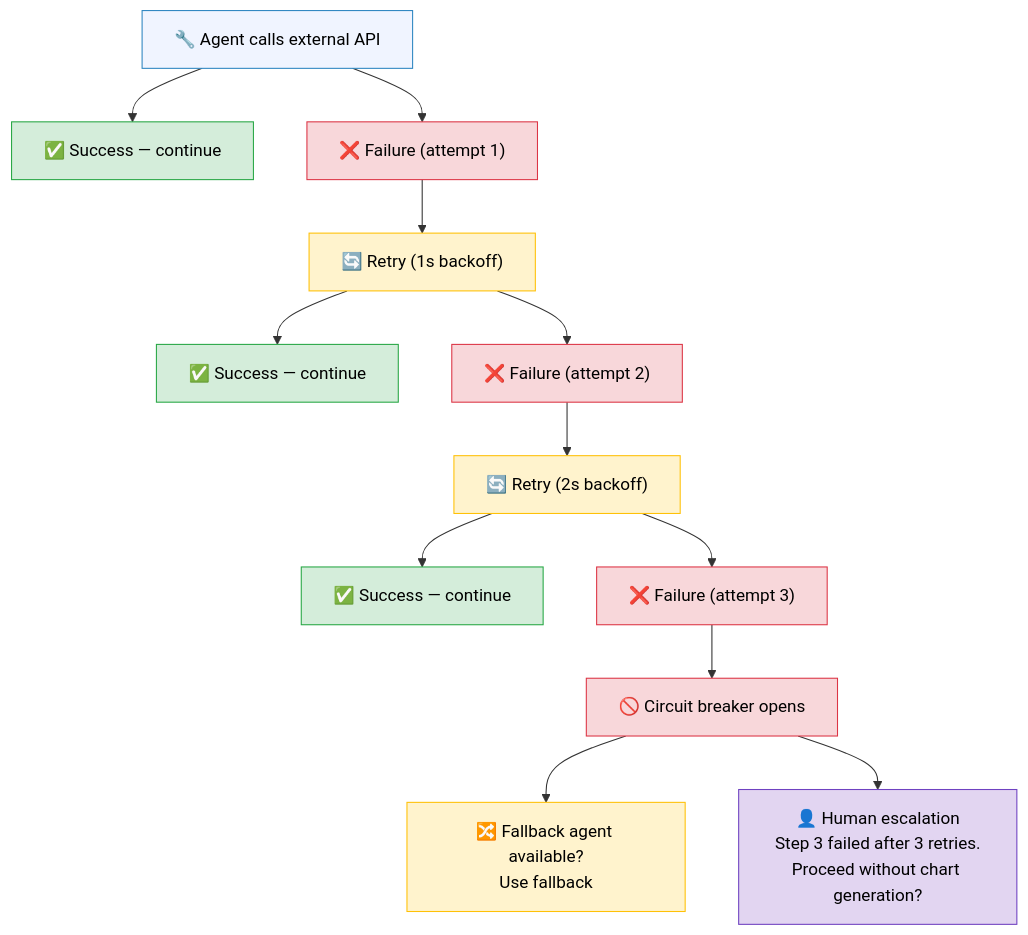
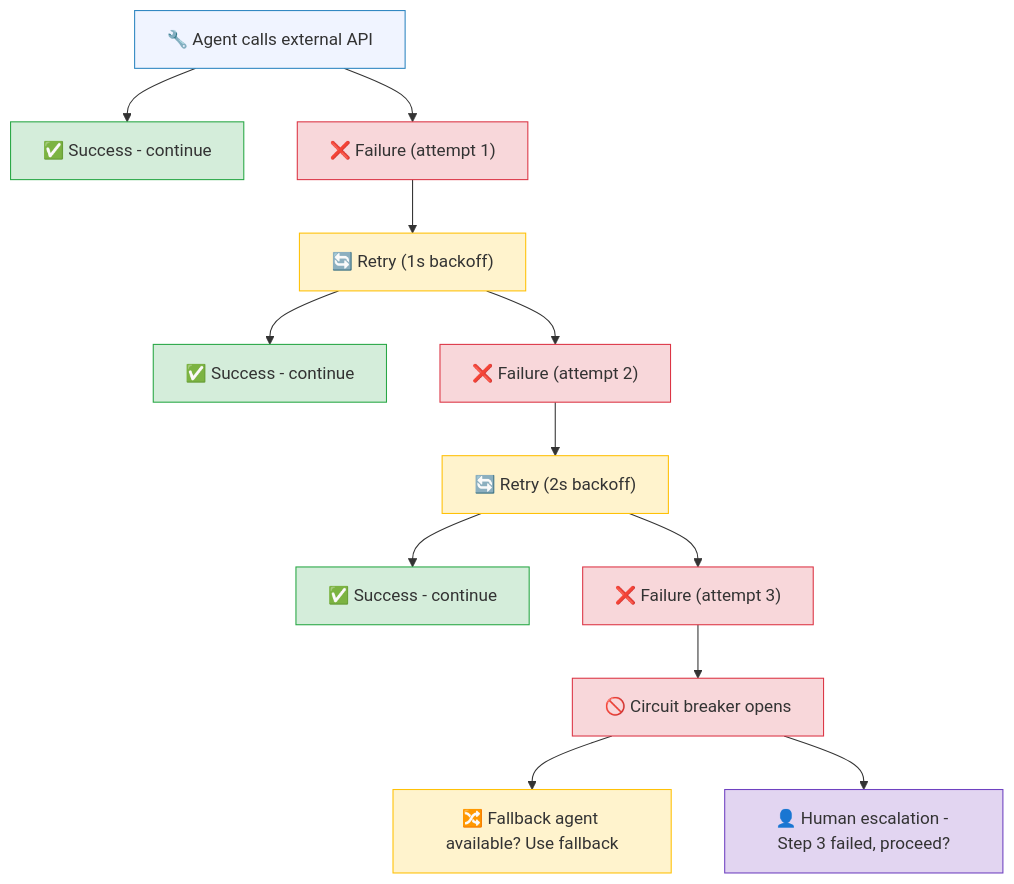
One commit to ithinktavo/GenAI-Engineering-Handbook changed the eighth of 8 diagrams in docs/09-orchestration-patterns.md. Above: the diagram before and after it, drawn with Mermaid. The commit also changed other lines of this file and 9 other files, not shown here.

First line of the commit message:
Fix Mermaid rendering: remove emoji from subgraph titles and unsupported syntax

````diff
--- a/docs/09-orchestration-patterns.md
+++ b/docs/09-orchestration-patterns.md
@@ -375,37 +375,37 @@
 ```mermaid
 graph TD
     Call["🔧 Agent calls external API"]
-    Ok1["✅ Success — continue"]
+    Ok1["✅ Success - continue"]
     F1["❌ Failure (attempt 1)"]
     R1["🔄 Retry (1s backoff)"]
-    Ok2["✅ Success — continue"]
+    Ok2["✅ Success - continue"]
     F2["❌ Failure (attempt 2)"]
     R2["🔄 Retry (2s backoff)"]
-    Ok3["✅ Success — continue"]
+    Ok3["✅ Success - continue"]
     F3["❌ Failure (attempt 3)"]
     CB["🚫 Circuit breaker opens"]
-    Fallback["🔀 Fallback agent available?\nUse fallback"]
-    Human["👤 Human escalation\nStep 3 failed after 3 retries.\nProceed without chart generation?"]
+    Fallback["🔀 Fallback agent available? Use fallback"]
+    Human["👤 Human escalation - Step 3 failed, proceed?"]
 
     Call --> Ok1
     Call --> F1 --> R1
     R1 --> Ok2
     R1 --> F2 --> R2
     R2 --> Ok3
     R2 --> F3 --> CB
     CB --> Fallback
     CB --> Human
 
-    style Call fill:#f0f4ff,stroke:#2E86C1,color:#000
-    style Ok1 fill:#d4edda,stroke:#28a745,color:#000
-    style Ok2 fill:#d4edda,stroke:#28a745,color:#000
-    style Ok3 fill:#d4edda,stroke:#28a745,color:#000
-    style F1 fill:#f8d7da,stroke:#dc3545,color:#000
-    style F2 fill:#f8d7da,stroke:#dc3545,color:#000
-    style F3 fill:#f8d7da,stroke:#dc3545,color:#000
-    style R1 fill:#fff3cd,stroke:#ffc107,color:#000
-    style R2 fill:#fff3cd,stroke:#ffc107,color:#000
-    style CB fill:#f8d7da,stroke:#dc3545,color:#000
-    style Fallback fill:#fff3cd,stroke:#ffc107,color:#000
-    style Human fill:#e2d5f1,stroke:#6f42c1,color:#000
+    style Call fill:#f0f4ff,stroke:#2E86C1
+    style Ok1 fill:#d4edda,stroke:#28a745
+    style Ok2 fill:#d4edda,stroke:#28a745
+    style Ok3 fill:#d4edda,stroke:#28a745
+    style F1 fill:#f8d7da,stroke:#dc3545
+    style F2 fill:#f8d7da,stroke:#dc3545
+    style F3 fill:#f8d7da,stroke:#dc3545
+    style R1 fill:#fff3cd,stroke:#ffc107
+    style R2 fill:#fff3cd,stroke:#ffc107
+    style CB fill:#f8d7da,stroke:#dc3545
+    style Fallback fill:#fff3cd,stroke:#ffc107
+    style Human fill:#e2d5f1,stroke:#6f42c1
 ```
````
